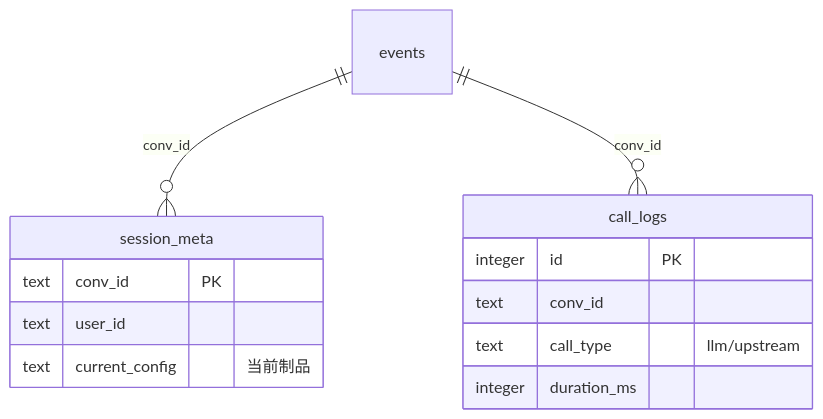
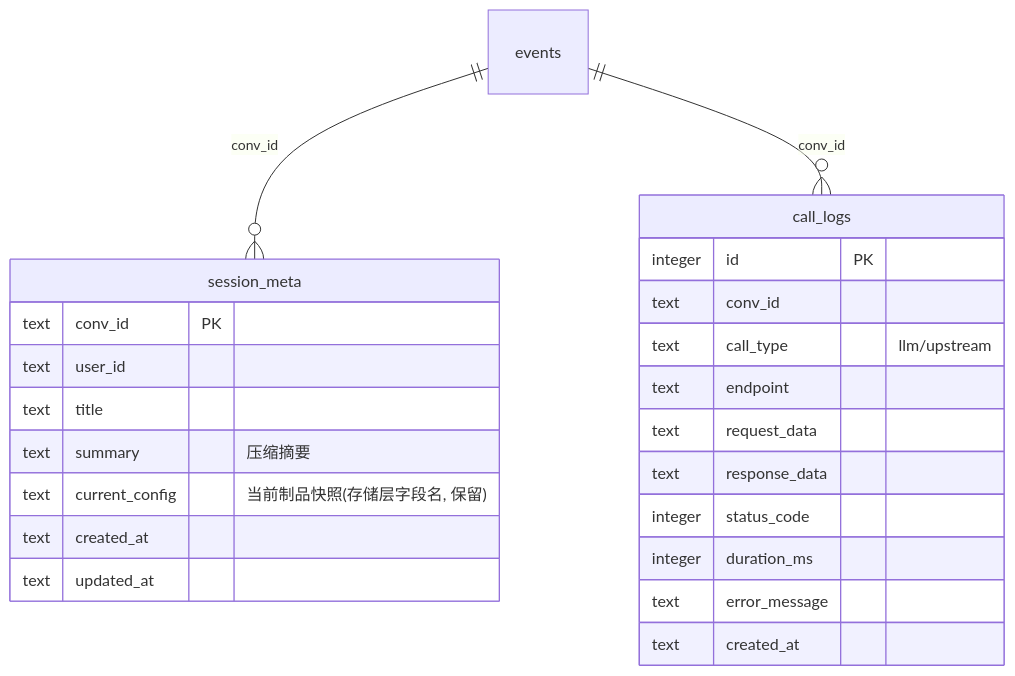
Before and after one commit to 996Code/llm-to-modeler: diagram 21 of 33 in doc/系统架构与学习指南.md, drawn with Mermaid. The commit also changed other lines of this file and 82 other files, not shown here.

````diff
--- a/doc/系统架构与学习指南.md
+++ b/doc/系统架构与学习指南.md
@@ -428,16 +598,28 @@
 ```mermaid
 erDiagram
     events ||--o{ session_meta : "conv_id"
     events ||--o{ call_logs : "conv_id"
+
     session_meta {
         text conv_id PK
         text user_id
-        text current_config "当前制品"
+        text title
+        text summary "压缩摘要"
+        text current_config "当前制品快照(存储层字段名, 保留)"
+        text created_at
+        text updated_at
     }
+
     call_logs {
         integer id PK
         text conv_id
         text call_type "llm/upstream"
+        text endpoint
+        text request_data
+        text response_data
+        integer status_code
         integer duration_ms
+        text error_message
+        text created_at
     }
 ```
````
